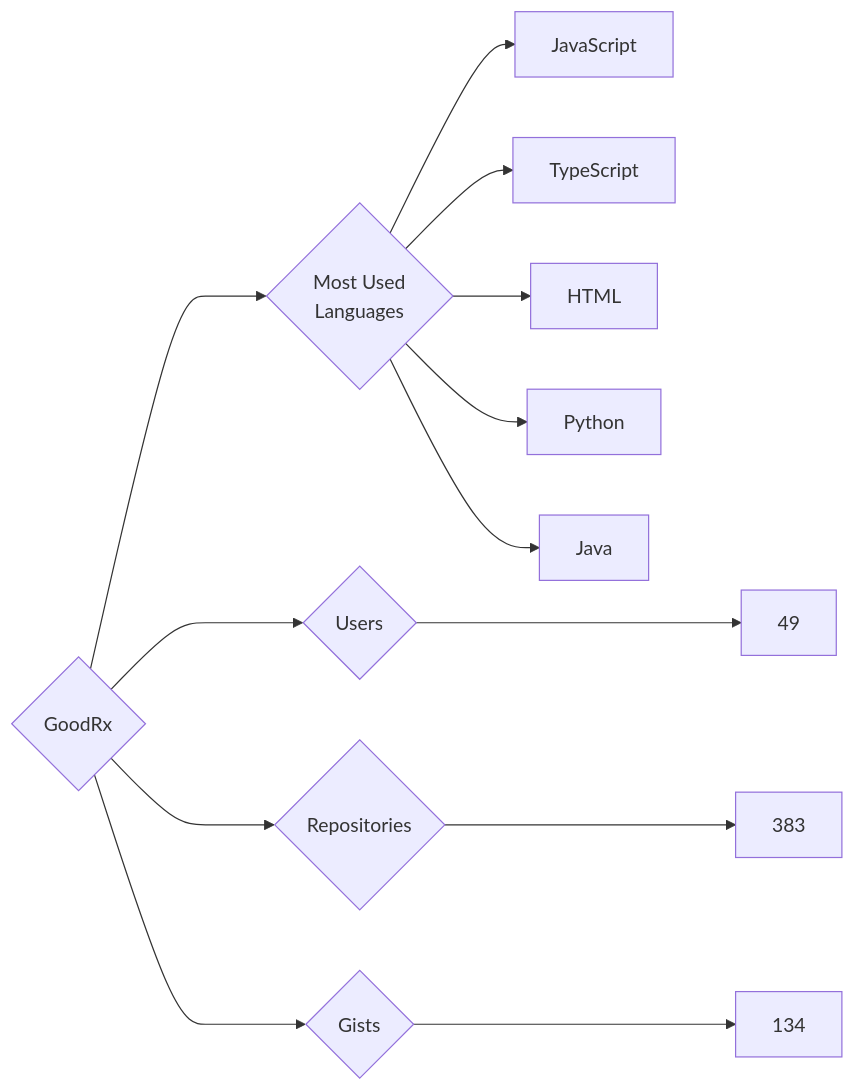
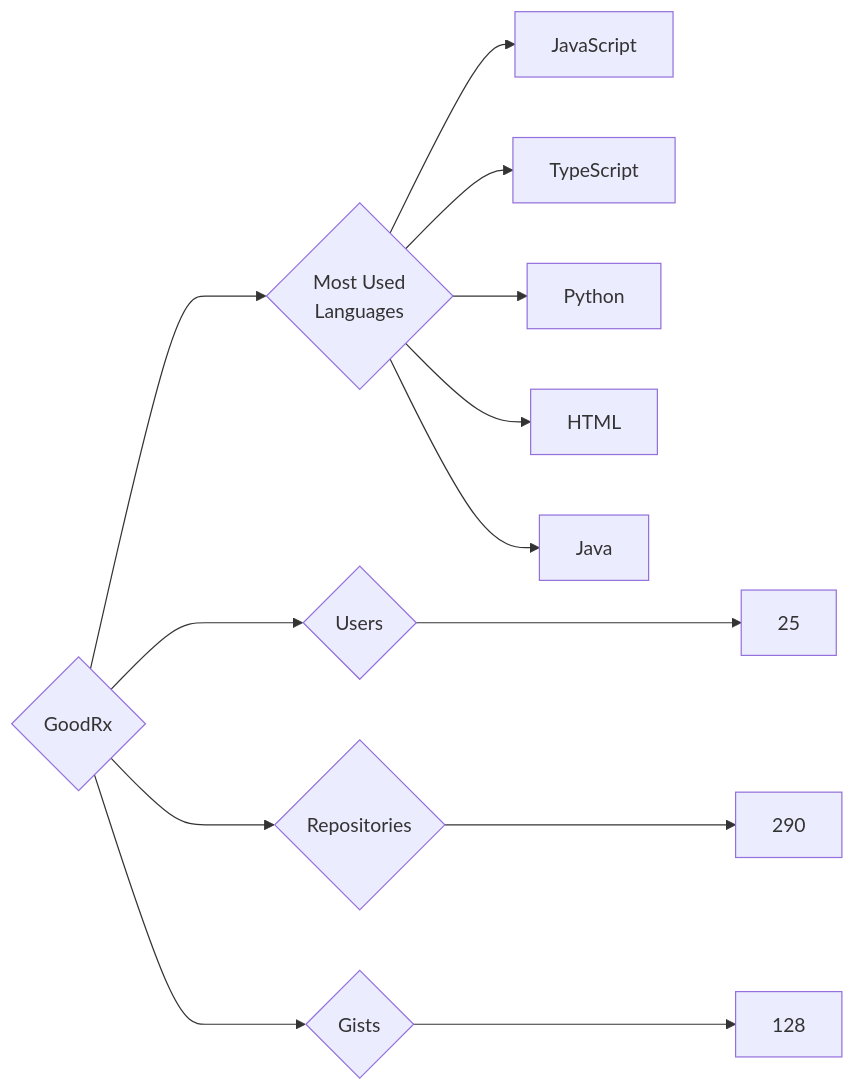
The diagram in targets/GoodRx/README.md (trickest/insiders), drawn with Mermaid before and after one commit. The commit also changed 629 other files, not shown here.

````diff
--- a/targets/GoodRx/README.md
+++ b/targets/GoodRx/README.md
@@ -3,13 +3,13 @@
 ```mermaid
 graph LR
 COMPANY_NAME{GoodRx}
-COMPANY_NAME ---> U{Users} ---> UN[49]
-COMPANY_NAME ---> R{Repositories} ---> RN[383]
-COMPANY_NAME ---> G{Gists} ---> GN[134]
+COMPANY_NAME ---> U{Users} ---> UN[25]
+COMPANY_NAME ---> R{Repositories} ---> RN[290]
+COMPANY_NAME ---> G{Gists} ---> GN[128]
 COMPANY_NAME ---> ML{Most Used<br>Languages}
 ML --> JavaScript[JavaScript]
 ML --> TypeScript[TypeScript]
+ML --> Python[Python]
 ML --> HTML[HTML]
-ML --> Python[Python]
 ML --> Java[Java]
 ```
````
